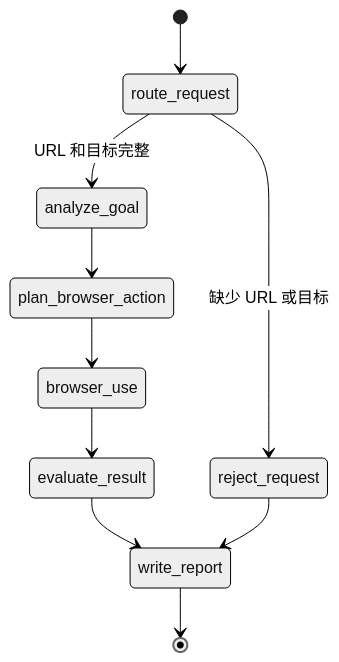
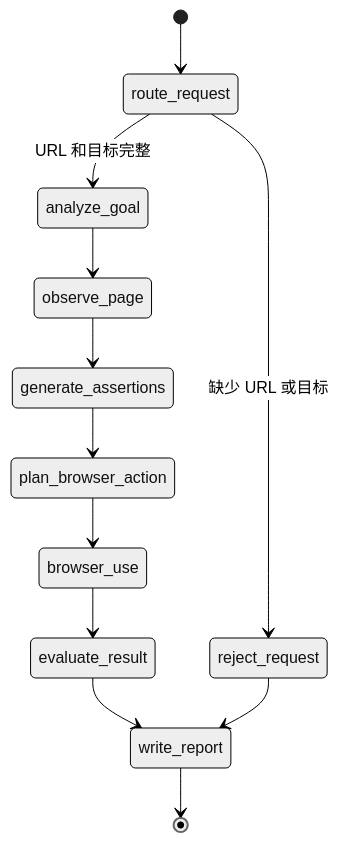
The third of 4 diagrams in docs/browser-use-test-agent-blog.md (PGH11/agent-browser), drawn with Mermaid (neutral theme) before and after one commit. The commit also changed other lines of this file and 16 other files, not shown here.

````diff
--- a/docs/browser-use-test-agent-blog.md
+++ b/docs/browser-use-test-agent-blog.md
@@ -346,15 +272,17 @@
 ```mermaid
 stateDiagram-v2
     [*] --> route_request
 
     route_request --> analyze_goal: URL 和目标完整
     route_request --> reject_request: 缺少 URL 或目标
 
-    analyze_goal --> plan_browser_action
+    analyze_goal --> observe_page
+    observe_page --> generate_assertions
+    generate_assertions --> plan_browser_action
     plan_browser_action --> browser_use
     browser_use --> evaluate_result
     evaluate_result --> write_report
 
     reject_request --> write_report
     write_report --> [*]
 ```
````
